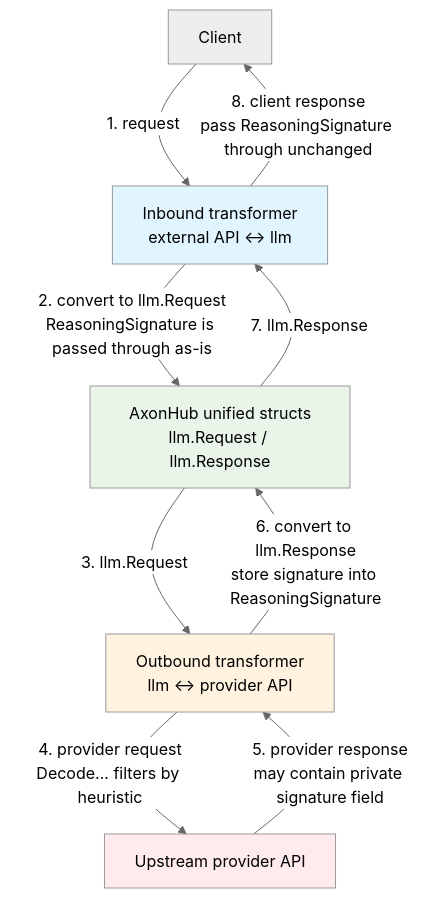
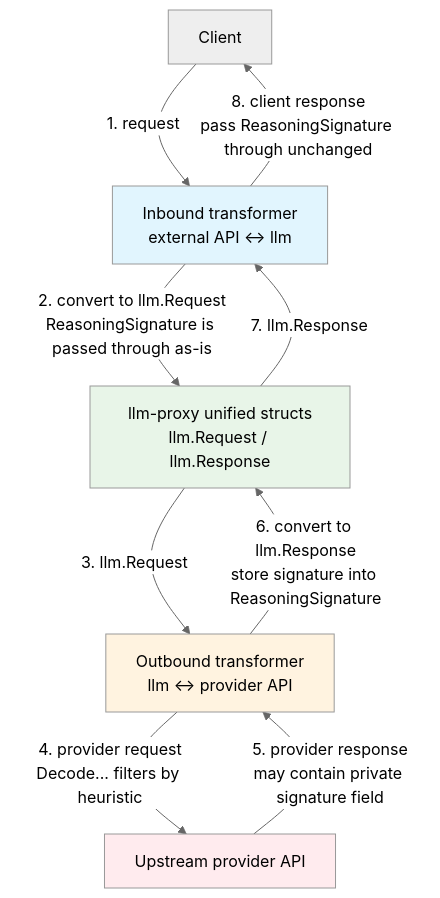
The diagram in llm/transformer/shared/README.md (mutallipp/llm-proxy), drawn with Mermaid (neutral theme) before and after one commit. The commit also changed other lines of this file and 274 other files, not shown here.

First line of the commit message:
chore: 硬切换 axonhub → llm-proxy 品牌命名

````diff
--- a/llm/transformer/shared/README.md
+++ b/llm/transformer/shared/README.md
@@ -80,23 +80,23 @@
 ```mermaid
 flowchart TD
     C[Client]
     IT[Inbound transformer<br/>external API ↔ llm]
-    LLM[AxonHub unified structs<br/>llm.Request / llm.Response]
+    LLM[llm-proxy unified structs<br/>llm.Request / llm.Response]
     OT[Outbound transformer<br/>llm ↔ provider API]
     P[Upstream provider API]
 
     C -->|1. request| IT
     IT -->|2. convert to llm.Request<br/>ReasoningSignature is passed through as-is| LLM
     LLM -->|3. llm.Request| OT
     OT -->|4. provider request<br/>Decode... filters by heuristic| P
 
     P -->|5. provider response<br/>may contain private signature field| OT
     OT -->|6. convert to llm.Response<br/>store signature into ReasoningSignature| LLM
     LLM -->|7. llm.Response| IT
     IT -->|8. client response<br/>pass ReasoningSignature through unchanged| C
     
     style IT fill:#e1f5fe
     style OT fill:#fff3e0
     style LLM fill:#e8f5e8
     style P fill:#ffebee
 ```
````
